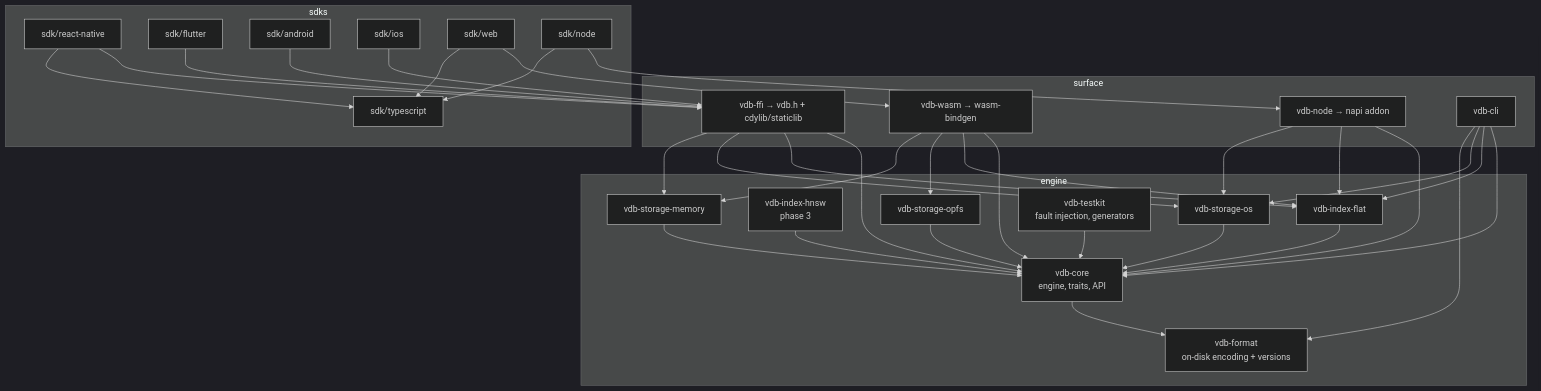
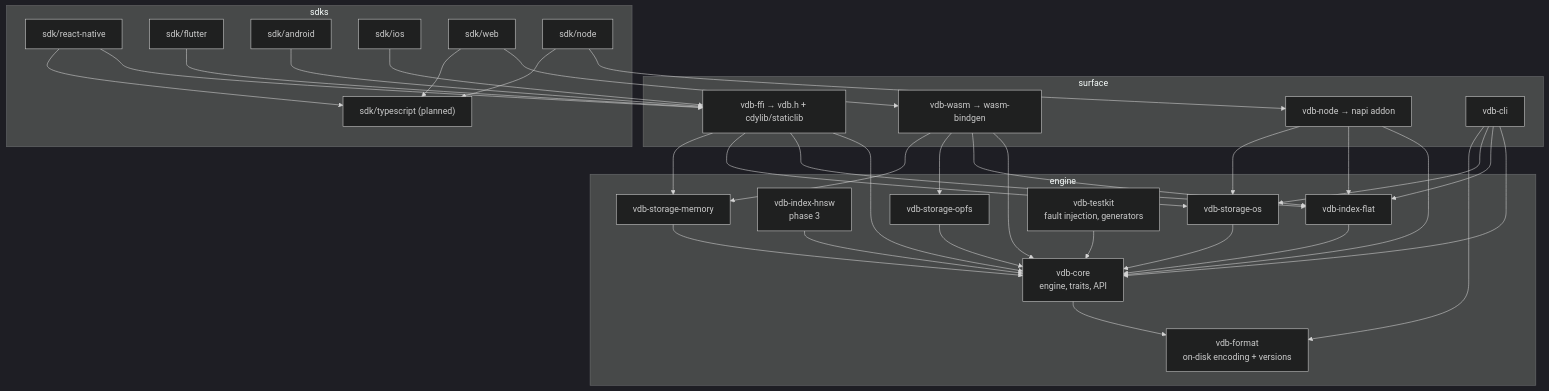
The diagram in docs/architecture/03-system-design.md (paramababu/isha-vector-db), drawn with Mermaid (dark theme) before and after one commit. The commit also changed other lines of this file and 20 other files, not shown here.

````diff
--- a/docs/architecture/03-system-design.md
+++ b/docs/architecture/03-system-design.md
@@ -42,49 +42,49 @@
 ```mermaid
 graph TD
   subgraph engine
     FMT[vdb-format<br/>on-disk encoding + versions]
     CORE[vdb-core<br/>engine, traits, API]
     FLAT[vdb-index-flat]
     HNSW[vdb-index-hnsw<br/>phase 3]
     MEM[vdb-storage-memory]
     OS[vdb-storage-os]
     OPFS[vdb-storage-opfs]
     TK[vdb-testkit<br/>fault injection, generators]
   end
   subgraph surface
     FFI[vdb-ffi → vdb.h + cdylib/staticlib]
     NODE[vdb-node → napi addon]
     WASM[vdb-wasm → wasm-bindgen]
     CLI[vdb-cli]
   end
   subgraph sdks
-    TS[sdk/typescript]
+    TS["sdk/typescript (planned)"]
     RN[sdk/react-native]
     FL[sdk/flutter]
     AND[sdk/android]
     IOS[sdk/ios]
     WEB[sdk/web]
     NPKG[sdk/node]
   end
 
   CORE --> FMT
   FLAT --> CORE
   HNSW --> CORE
   MEM --> CORE
   OS --> CORE
   OPFS --> CORE
   TK --> CORE
   FFI --> CORE & FLAT & OS & MEM
   NODE --> CORE & FLAT & OS
   WASM --> CORE & FLAT & OPFS & MEM
   CLI --> CORE & FLAT & OS & FMT
   RN --> FFI
   FL --> FFI
   AND --> FFI
   IOS --> FFI
   NPKG --> NODE
   WEB --> WASM
   RN --> TS
   WEB --> TS
   NPKG --> TS
 ```
````
